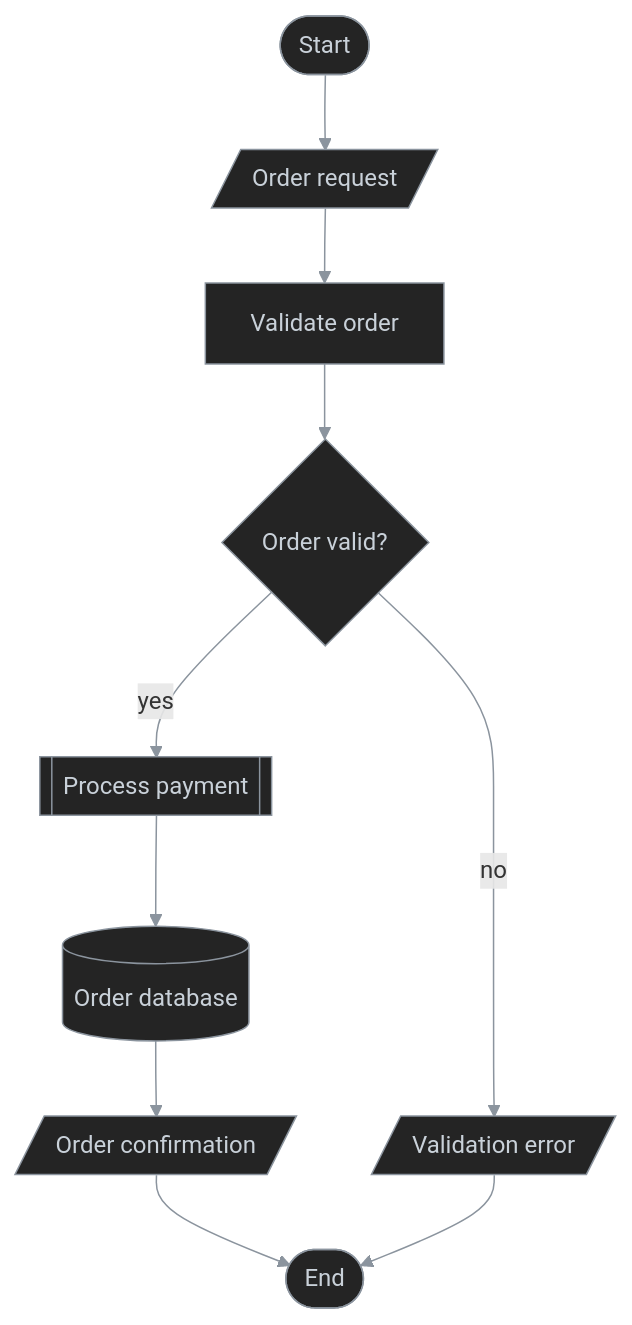
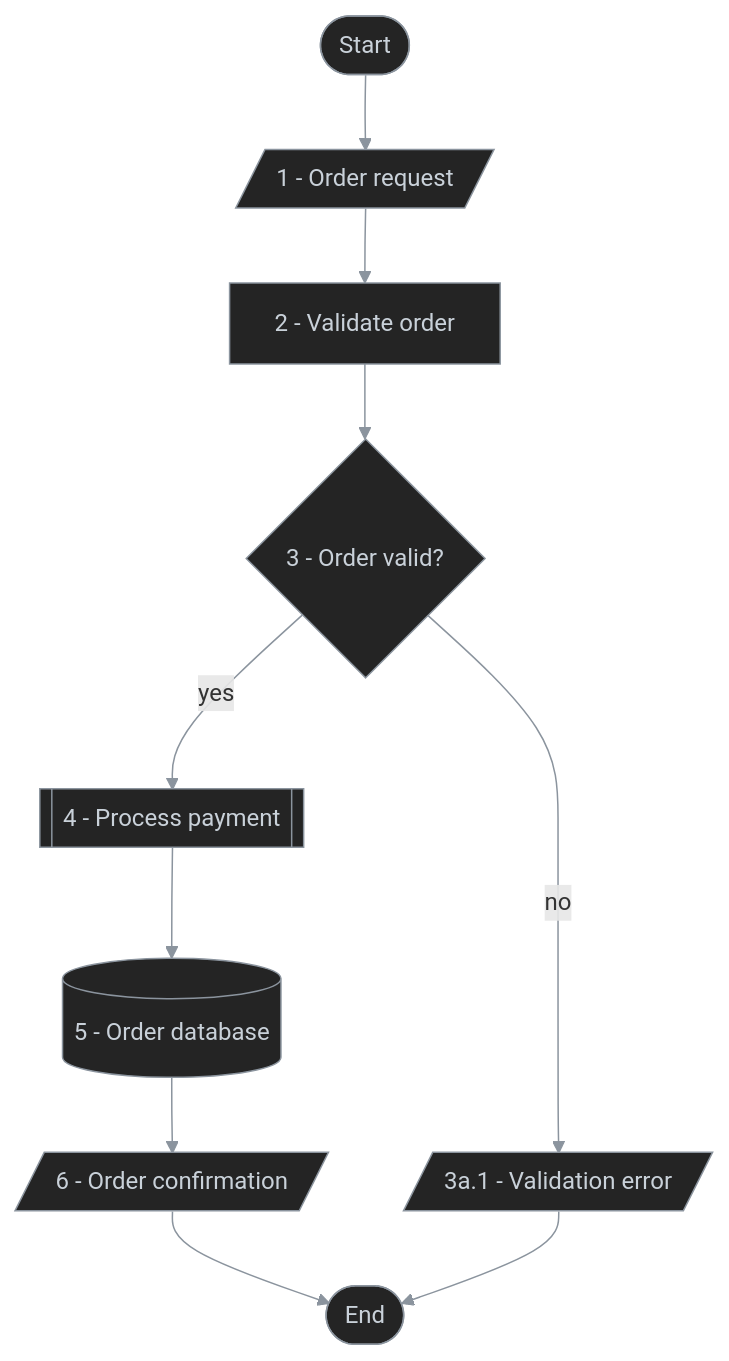
Before and after one commit to antshc/brain: the first of 8 diagrams in plugins/wf/skills/doc-behavior-diagram/README.md, drawn with Mermaid. The commit also changed other lines of this file, not shown here.

Commit message:
Update behavior diagram examples with hierarchical step numbering for clarity

````diff
--- a/plugins/wf/skills/doc-behavior-diagram/README.md
+++ b/plugins/wf/skills/doc-behavior-diagram/README.md
@@ -14,20 +16,20 @@
 ```mermaid
 %%{init: {'themeVariables': {'lineColor': '#8b949e'}}}%%
 %% diagram-id: order-processing-flowchart
 flowchart TD
     start(["Start"])
-    request[/"Order request"/]
-    validate["Validate order"]
-    valid{"Order valid?"}
-    payment[["Process payment"]]
-    orders[("Order database")]
-    confirmation[/"Order confirmation"/]
-    rejected[/"Validation error"/]
+    request[/"1 - Order request"/]
+    validate["2 - Validate order"]
+    valid{"3 - Order valid?"}
+    payment[["4 - Process payment"]]
+    orders[("5 - Order database")]
+    confirmation[/"6 - Order confirmation"/]
+    rejected[/"3a.1 - Validation error"/]
     endNode(["End"])
 
     start --> request --> validate --> valid
     valid -- yes --> payment --> orders --> confirmation --> endNode
     valid -- no --> rejected --> endNode
 
     classDef default fill:#242424,stroke:#8b949e,color:#c9d1d9,stroke-width:1px
 ```
````
